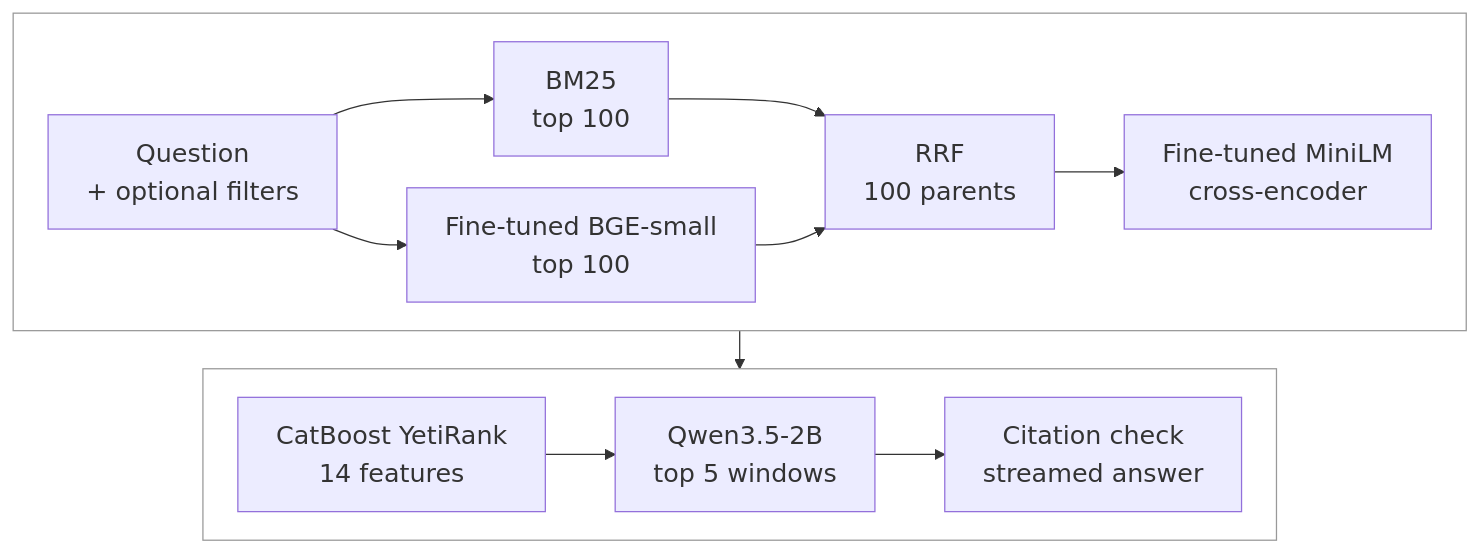
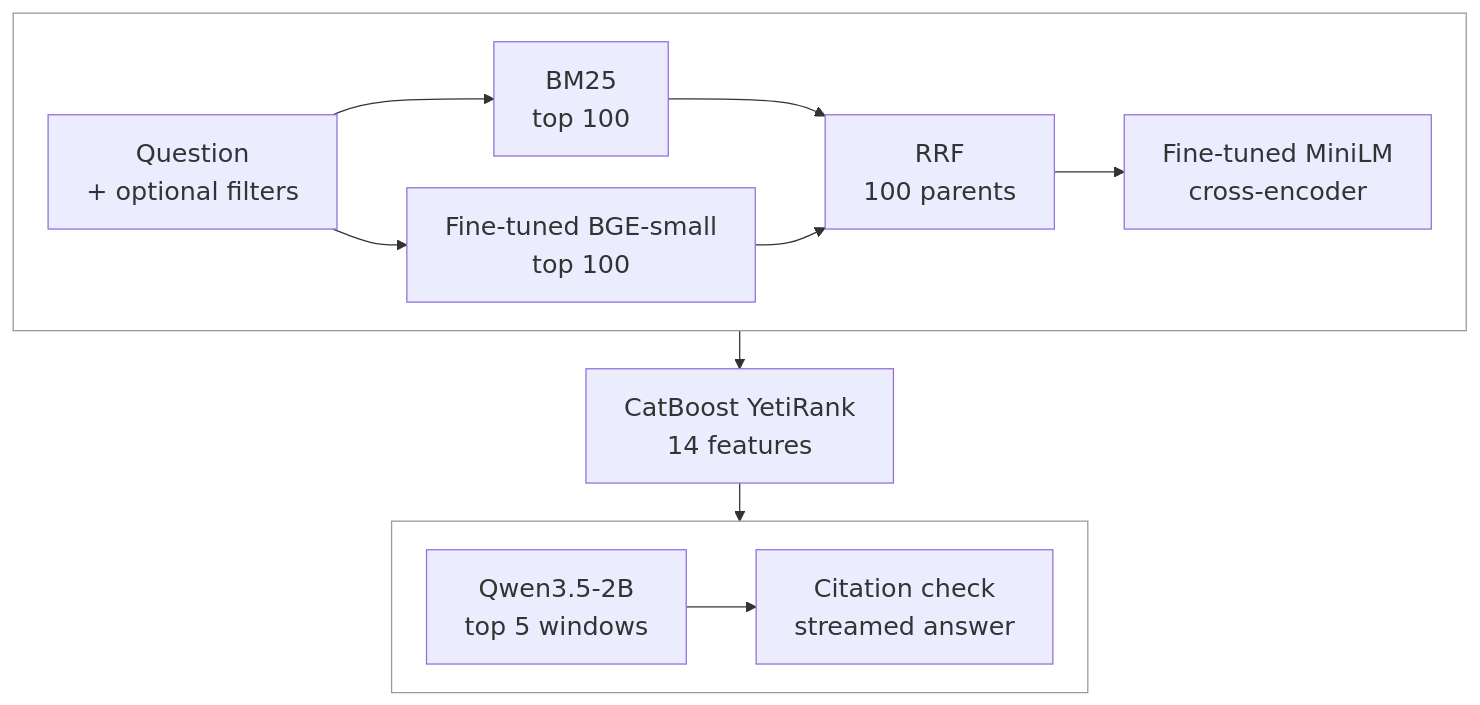
One commit to flaretensor/ledgerlight changed the diagram in README.md. Above: the diagram before and after it, drawn with Mermaid.

Commit message:
style(readme): place CatBoost between the pipeline frames

````diff
--- a/README.md
+++ b/README.md
@@ -11,30 +11,32 @@
 ```mermaid
 %%{init: {"flowchart": {"nodeSpacing": 25, "rankSpacing": 30, "wrappingWidth": 300}}}%%
 flowchart TB
     classDef default font-size:20px;
 
     subgraph ROW1[" "]
         direction LR
         Q["Question<br/>+ optional filters"]
         B["BM25<br/>top 100"]
         D["Fine-tuned BGE-small<br/>top 100"]
         R["RRF<br/>100 parents"]
         C["Fine-tuned MiniLM<br/>cross-encoder"]
         Q --> B --> R
         Q --> D --> R
         R --> C
     end
 
+    L["CatBoost YetiRank<br/>14 features"]
+
     subgraph ROW2[" "]
         direction LR
-        L["CatBoost YetiRank<br/>14 features"]
         G["Qwen3.5-2B<br/>top 5 windows"]
         V["Citation check<br/>streamed answer"]
-        L --> G --> V
+        G --> V
     end
 
-    ROW1 --> ROW2
+    ROW1 --> L
+    L --> ROW2
 
     style ROW1 fill:none,stroke:#999
     style ROW2 fill:none,stroke:#999
 ```
````
